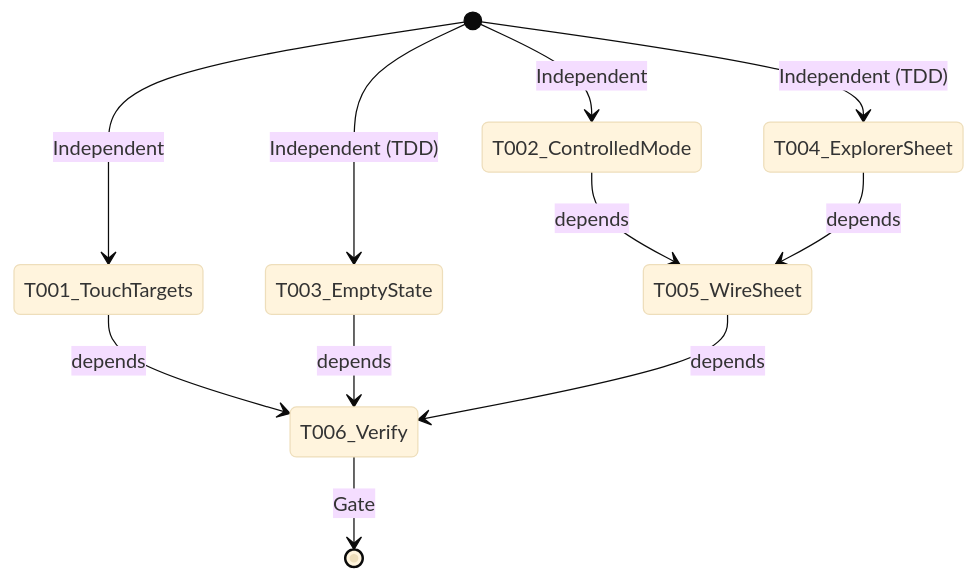
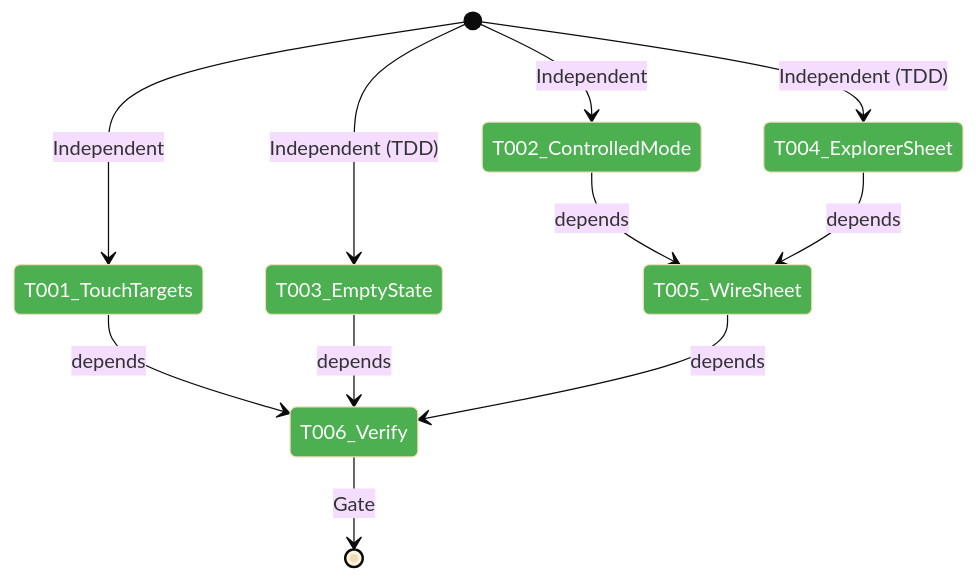
One commit to AI-Substrate/chainglass changed the first of 3 diagrams in docs/plans/078-mobile-experience/tasks/phase-3-browser-mobile-ux/tasks.fltplan.md. Above: the diagram before and after it, drawn with Mermaid (base theme). The commit also changed other lines of this file and 16 other files, not shown here.

````diff
--- a/docs/plans/078-mobile-experience/tasks/phase-3-browser-mobile-ux/tasks.fltplan.md
+++ b/docs/plans/078-mobile-experience/tasks/phase-3-browser-mobile-ux/tasks.fltplan.md
@@ -30,16 +31,19 @@
 ```mermaid
 stateDiagram-v2
     [*] --> T001_TouchTargets: Independent
     [*] --> T002_ControlledMode: Independent
     [*] --> T003_EmptyState: Independent (TDD)
     [*] --> T004_ExplorerSheet: Independent (TDD)
 
     T002_ControlledMode --> T005_WireSheet: depends
     T004_ExplorerSheet --> T005_WireSheet: depends
 
     T001_TouchTargets --> T006_Verify: depends
     T003_EmptyState --> T006_Verify: depends
     T005_WireSheet --> T006_Verify: depends
 
     T006_Verify --> [*]: Gate
+
+    classDef done fill:#4CAF50,color:#fff
+    class T001_TouchTargets,T002_ControlledMode,T003_EmptyState,T004_ExplorerSheet,T005_WireSheet,T006_Verify done
 ```
````
